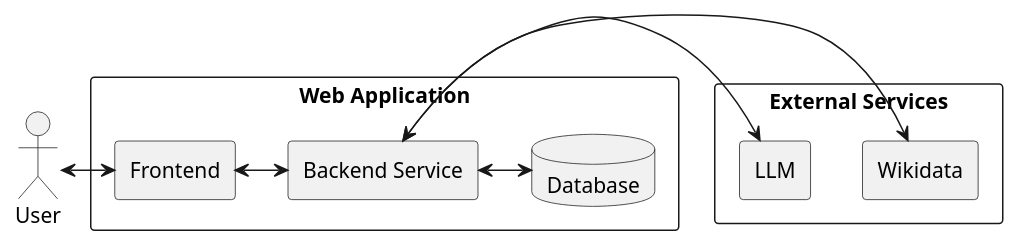
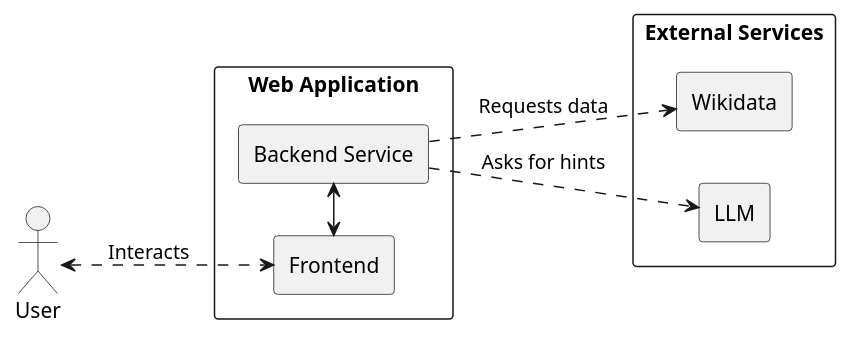
The first of 2 diagrams in docs/src/03_context_and_scope.adoc (Arquisoft/wichat_es3b), drawn with PlantUML before and after one commit.

Commit message:
Changed UML for 3.2

```diff
--- a/docs/src/03_context_and_scope.adoc
+++ b/docs/src/03_context_and_scope.adoc
@@ -57,25 +57,25 @@
 [plantuml]
 ----
 @startuml
 
+left to right direction
+
 actor User
 
 rectangle "Web Application" {
-    rectangle "Frontend" as Frontend
+    rectangle Frontend
     rectangle "Backend Service" as Backend
-    database Database
 }
 
 rectangle "External Services" {
-    rectangle "Wikidata" as Wikidata
-    rectangle "LLM" as LLM
+    rectangle Wikidata
+    rectangle LLM
 }
 
-User <-> Frontend
+User <..> Frontend : Interacts
 Frontend <-> Backend
-Backend <-> Wikidata
-Backend <-> LLM
-Backend <-> Database
+Backend ..> Wikidata : Requests data
+Backend ..> LLM : Asks for hints
 
 @enduml
 ----
```
